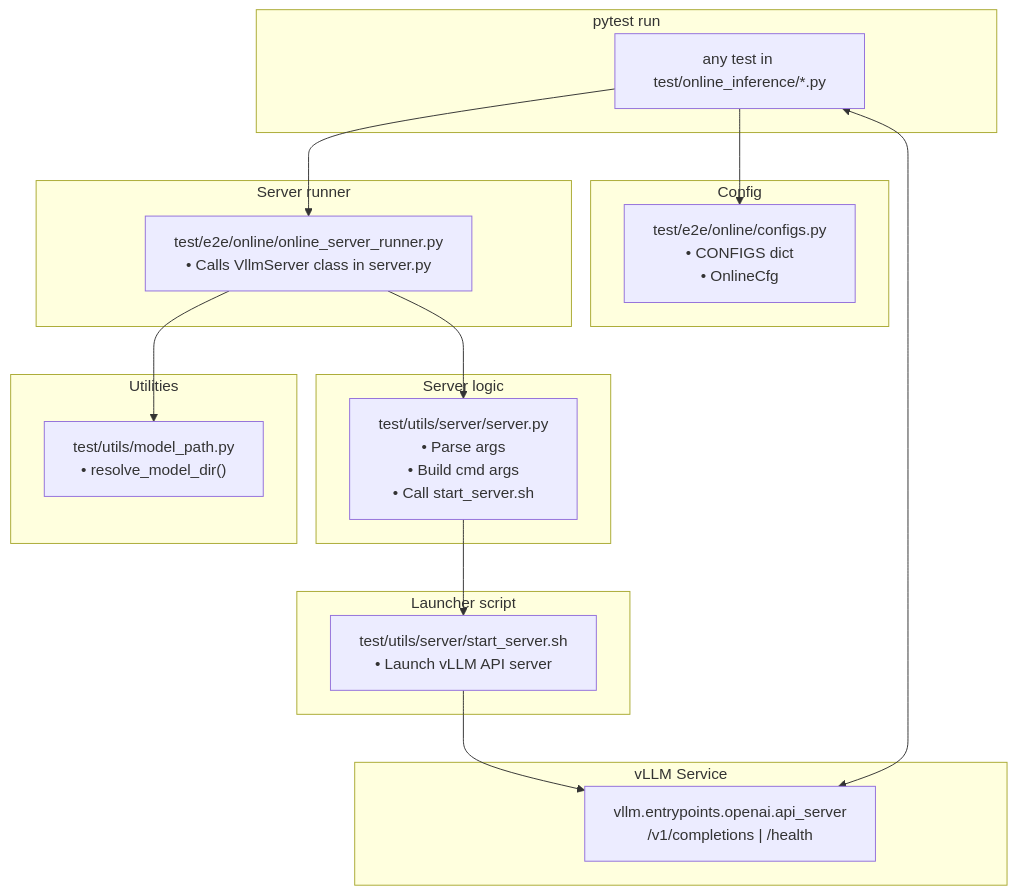
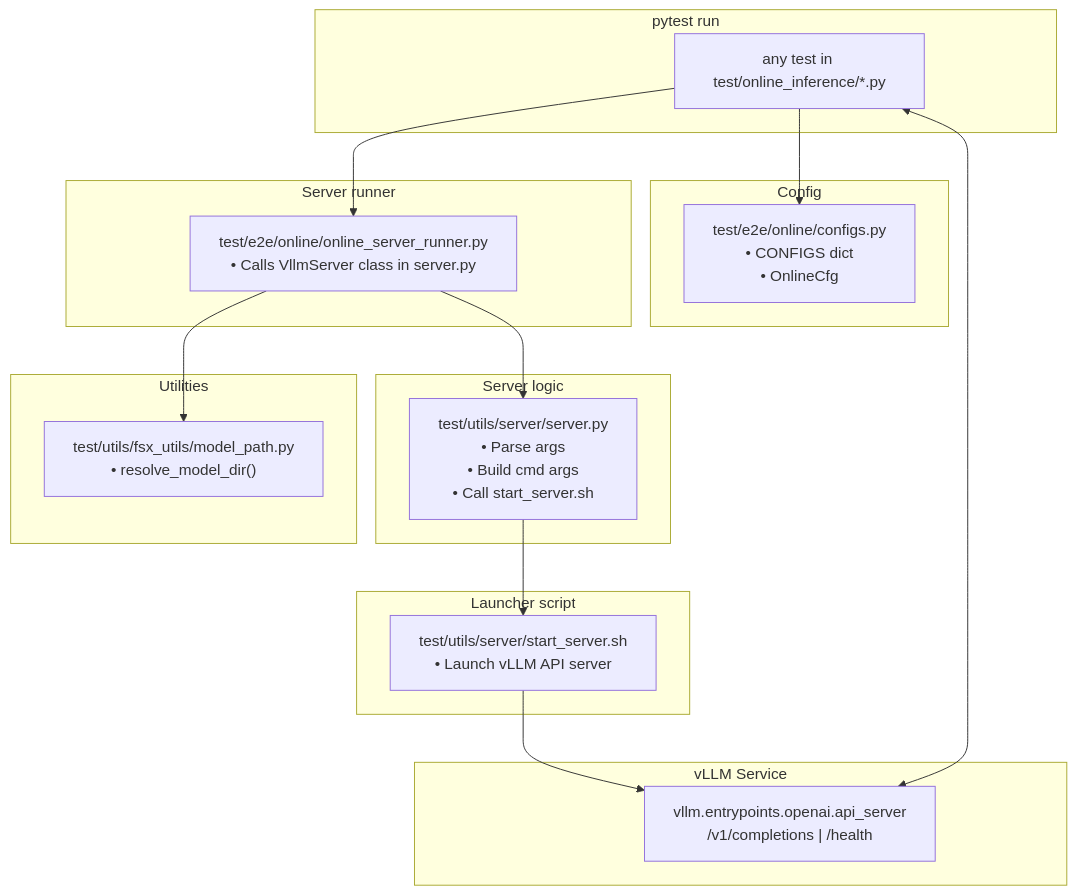
One commit to vllm-project/vllm-neuron changed the diagram in test/e2e/online/README.md. Above: the diagram before and after it, drawn with Mermaid. The commit also changed other lines of this file, not shown here.

````diff
--- a/test/e2e/online/README.md
+++ b/test/e2e/online/README.md
@@ -31,38 +32,38 @@
 ```mermaid
 flowchart TD
   subgraph PYTEST["pytest run"]
     TST["any test in test/online_inference/*.py"]
   end
 
   subgraph CFG["Config"]
     CFGPY["test/e2e/online/configs.py<br/>• CONFIGS dict<br/>• OnlineCfg"]
   end
 
   subgraph RUNNER["Server runner"]
     SRV["test/e2e/online/online_server_runner.py<br/>• Calls VllmServer class in server.py"]
   end
 
   subgraph SERVERPY["Server logic"]
     SVPY["test/utils/server/server.py<br/>• Parse args<br/>• Build cmd args<br/>• Call start_server.sh"]
   end
 
   subgraph UTILS["Utilities"]
-    MP["test/utils/model_path.py<br/>• resolve_model_dir()"]
+    MP["test/utils/fsx_utils/model_path.py<br/>• resolve_model_dir()"]
   end
 
   subgraph SHELL["Launcher script"]
     SH["test/utils/server/start_server.sh<br/>• Launch vLLM API server"]
   end
 
   subgraph SERVICE["vLLM Service"]
     API["vllm.entrypoints.openai.api_server<br/>/v1/completions | /health"]
   end
 
   TST --> CFGPY
   TST --> SRV
   SRV --> MP
   SRV --> SVPY
   SVPY --> SH
   SH --> API
   TST <--> API
 ```
````
